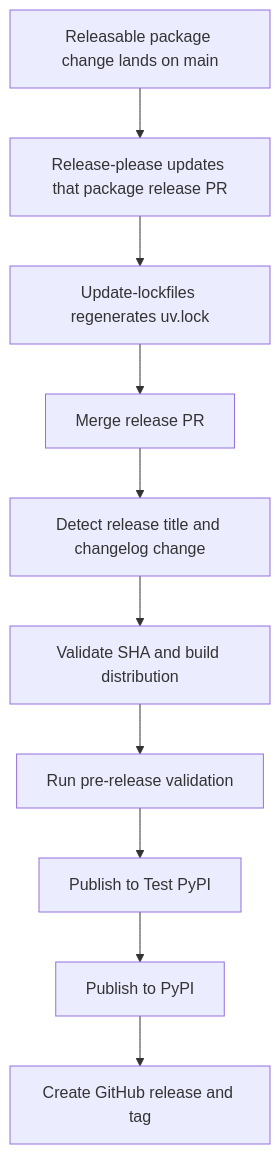
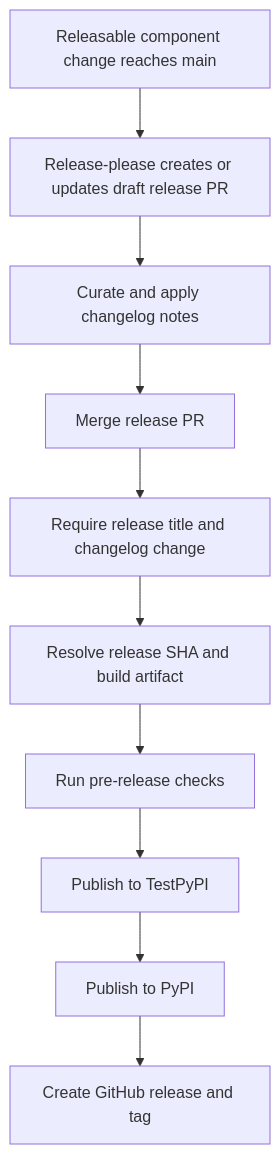
Before and after one commit to langchain-ai/deepagents: the third of 3 diagrams in openwiki/operations/development.md, drawn with Mermaid. The commit also changed other lines of this file and 67 other files, not shown here.

````diff
--- a/openwiki/operations/development.md
+++ b/openwiki/operations/development.md
@@ -118,12 +153,12 @@
 ```mermaid
 flowchart TD
-    Land["Releasable package change lands on main"] --> ReleasePR["Release-please updates that package release PR"]
-    ReleasePR --> Lock["Update-lockfiles regenerates uv.lock"]
-    Lock --> Merge["Merge release PR"]
-    Merge --> Detect["Detect release title and changelog change"]
-    Detect --> Build["Validate SHA and build distribution"]
-    Build --> Validate["Run pre-release validation"]
-    Validate --> TestPyPI["Publish to Test PyPI"]
-    TestPyPI --> PyPI["Publish to PyPI"]
-    PyPI --> GitHub["Create GitHub release and tag"]
+    Main["Releasable component change reaches main"] --> Draft["Release-please creates or updates draft release PR"]
+    Draft --> Notes["Curate and apply changelog notes"]
+    Notes --> Merge["Merge release PR"]
+    Merge --> Detect["Require release title and changelog change"]
+    Detect --> Build["Resolve release SHA and build artifact"]
+    Build --> Validate["Run pre-release checks"]
+    Validate --> Test["Publish to TestPyPI"]
+    Test --> Publish["Publish to PyPI"]
+    Publish --> Tag["Create GitHub release and tag"]
 ```
````
